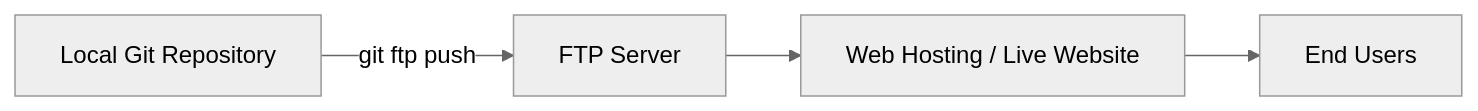
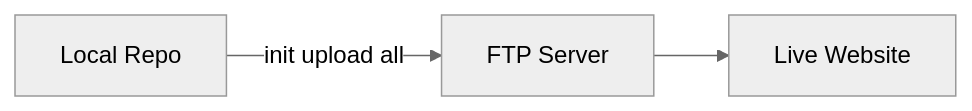
The first of 11 diagrams in Git ftp.md (Smr2005/Git-ftp-), drawn with Mermaid (neutral theme) before and after one commit. The commit also changed other lines of this file, not shown here.

First line of the commit message:
Revise Git-FTP guide for version 3.0 updates

````diff
--- a/Git ftp.md
+++ b/Git ftp.md
@@ -110,6 +58,5 @@
 ```mermaid
 flowchart LR
-A[Local Git Repository] -->|git ftp push| B[FTP Server]
-B --> C[Web Hosting / Live Website]
-C --> D[End Users]
+A[Local Repo] -->|init upload all| B[FTP Server]
+B --> C[Live Website]
 ```
````
